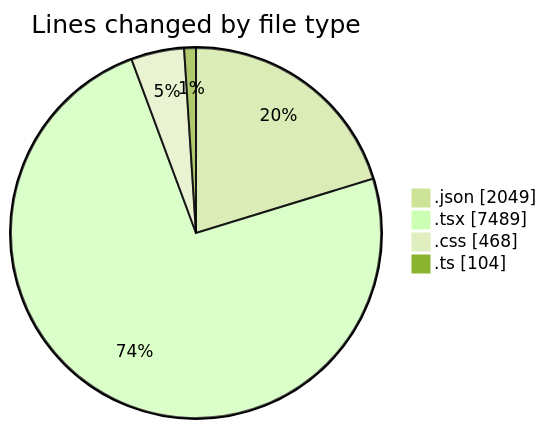
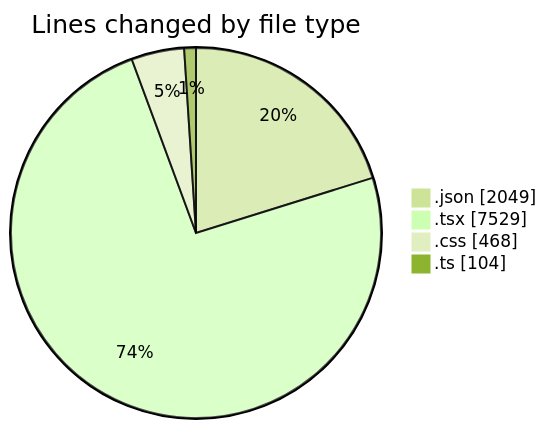
The first of 2 diagrams in 2025-08-14/ribbon/README.md (EIIisD/code-tracking), drawn with Mermaid (forest theme) before and after one commit. The commit also changed other lines of this file and 1 other file, not shown here.

````diff
--- a/2025-08-14/ribbon/README.md
+++ b/2025-08-14/ribbon/README.md
@@ -30,8 +30,8 @@
 ```mermaid
 pie showData
 title Lines changed by file type
 ".json" : 2049
-".tsx" : 7489
+".tsx" : 7529
 ".css" : 468
 ".ts" : 104
 ```
````
